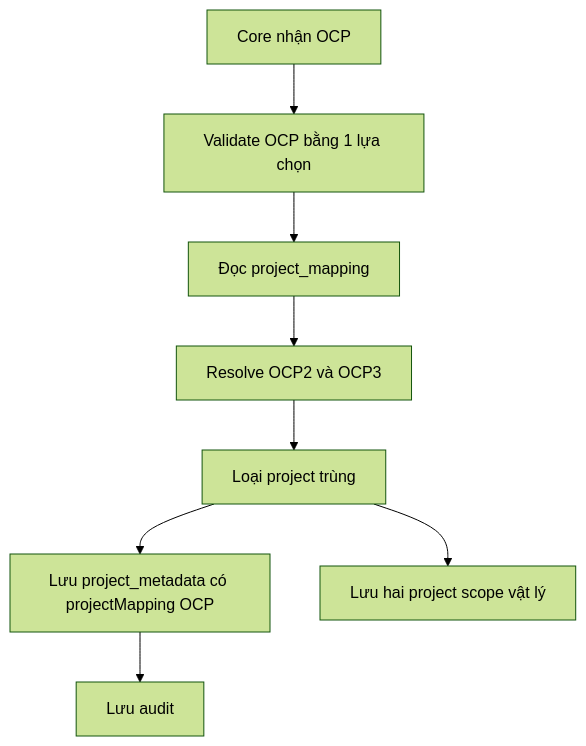
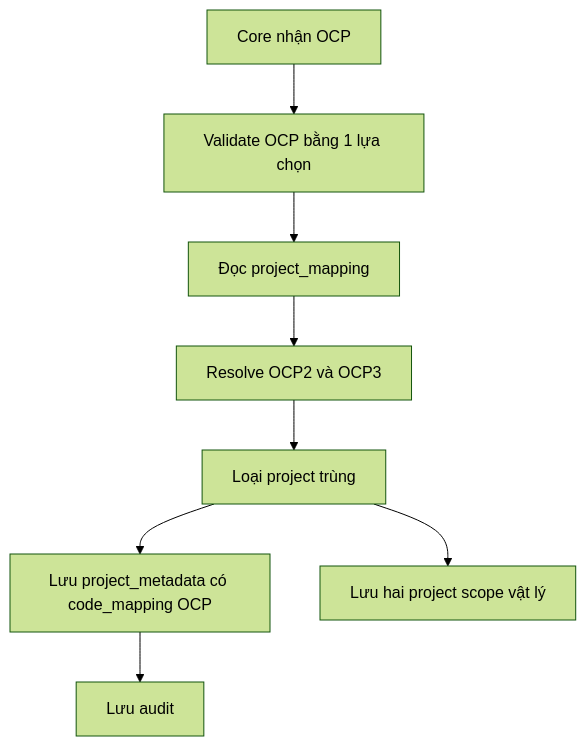
One commit to huynv-xyz/vhm changed the sixth of 6 diagrams in BDSKD-6590-ocp23-project-mapping-spec.md. Above: the diagram before and after it, drawn with Mermaid (forest theme). The commit also changed other lines of this file, not shown here.

````diff
--- a/BDSKD-6590-ocp23-project-mapping-spec.md
+++ b/BDSKD-6590-ocp23-project-mapping-spec.md
@@ -828,10 +830,10 @@
 ```mermaid
 flowchart TD
     REQUEST[Core nhận OCP] --> VALIDATE[Validate OCP bằng 1 lựa chọn]
     VALIDATE --> READ[Đọc project_mapping]
     READ --> EXPAND[Resolve OCP2 và OCP3]
     EXPAND --> DEDUP[Loại project trùng]
-    DEDUP --> META[Lưu project_metadata có projectMapping OCP]
+    DEDUP --> META[Lưu project_metadata có code_mapping OCP]
     DEDUP --> SCOPE[Lưu hai project scope vật lý]
     META --> AUDIT[Lưu audit]
 ```
````
